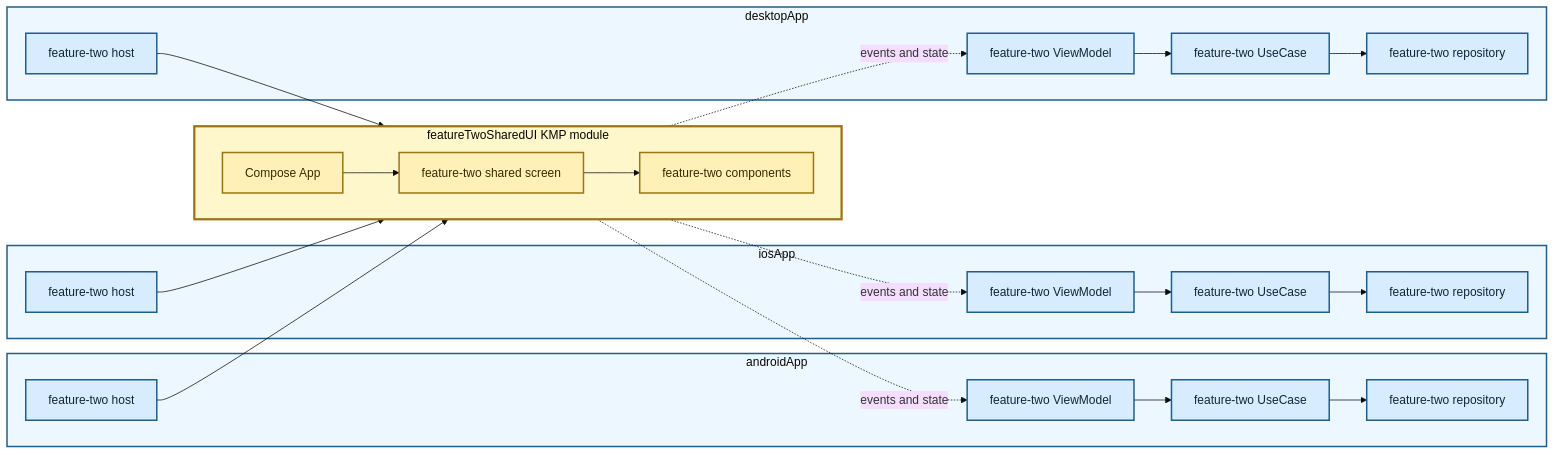
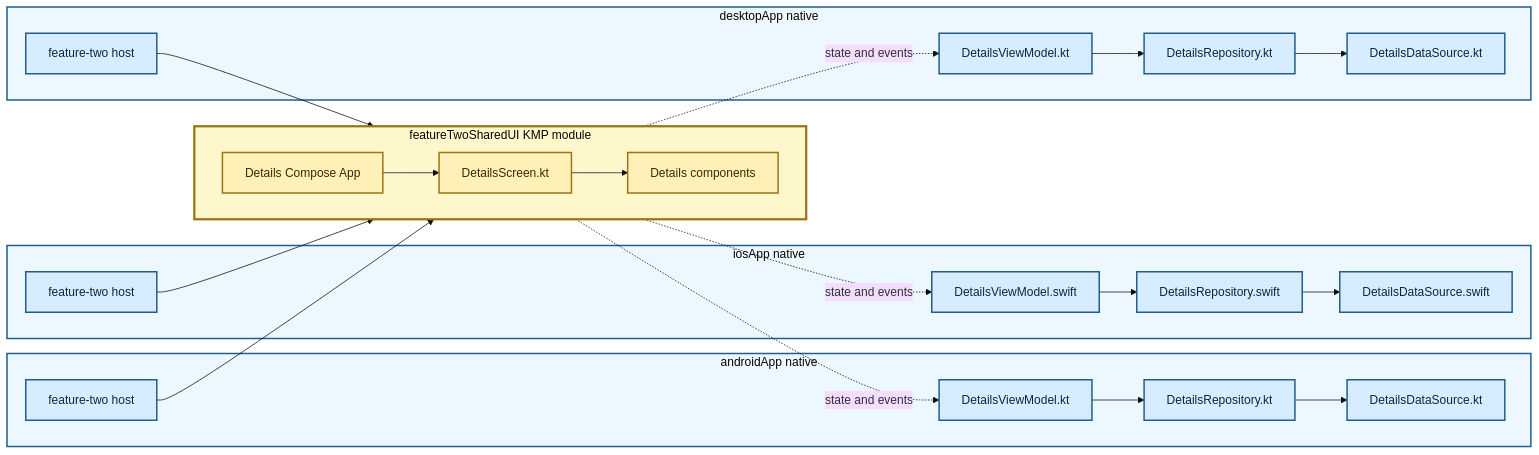
One commit to TheSetox/kmp-sample-diagrams changed the diagram in diagrams/12-modular-kmp-ui-layer.md. Above: the diagram before and after it, drawn with Mermaid (base theme). The commit also changed other lines of this file and 28 other files, not shown here.

Commit message:
docs: reassess diagram layer boundaries

````diff
--- a/diagrams/12-modular-kmp-ui-layer.md
+++ b/diagrams/12-modular-kmp-ui-layer.md
@@ -5,50 +5,50 @@
 ```mermaid
 flowchart LR
-  subgraph Android["androidApp"]
+  subgraph Android["androidApp native"]
     AHost["feature-two host"]
-    AVM["feature-two ViewModel"]
-    AUseCase["feature-two UseCase"]
-    ARepository["feature-two repository"]
-    AVM --> AUseCase --> ARepository
+    AVM["DetailsViewModel.kt"]
+    ARepository["DetailsRepository.kt"]
+    ADataSource["DetailsDataSource.kt"]
+    AVM --> ARepository --> ADataSource
   end
 
-  subgraph IOS["iosApp"]
+  subgraph IOS["iosApp native"]
     IHost["feature-two host"]
-    IVM["feature-two ViewModel"]
-    IUseCase["feature-two UseCase"]
-    IRepository["feature-two repository"]
-    IVM --> IUseCase --> IRepository
+    IVM["DetailsViewModel.swift"]
+    IRepository["DetailsRepository.swift"]
+    IDataSource["DetailsDataSource.swift"]
+    IVM --> IRepository --> IDataSource
   end
 
-  subgraph Desktop["desktopApp"]
+  subgraph Desktop["desktopApp native"]
     DHost["feature-two host"]
-    DVM["feature-two ViewModel"]
-    DUseCase["feature-two UseCase"]
-    DRepository["feature-two repository"]
-    DVM --> DUseCase --> DRepository
+    DVM["DetailsViewModel.kt"]
+    DRepository["DetailsRepository.kt"]
+    DDataSource["DetailsDataSource.kt"]
+    DVM --> DRepository --> DDataSource
   end
 
   subgraph KMP["featureTwoSharedUI KMP module"]
     direction LR
-    App["Compose App"]
-    Screen["feature-two shared screen"]
-    Components["feature-two components"]
+    App["Details Compose App"]
+    Screen["DetailsScreen.kt"]
+    Components["Details components"]
     App --> Screen --> Components
   end
 
   AHost --> App
   IHost --> App
   DHost --> App
-  Screen -. "events and state" .-> AVM
-  Screen -. "events and state" .-> IVM
-  Screen -. "events and state" .-> DVM
+  Screen -. "state and events" .-> AVM
+  Screen -. "state and events" .-> IVM
+  Screen -. "state and events" .-> DVM
 
   classDef app fill:#d8ecff,stroke:#1f5f8b,color:#0f2738,stroke-width:2px;
   classDef kmp fill:#fff0b8,stroke:#9b7415,color:#3b2a00,stroke-width:2px;
-  class AHost,AVM,AUseCase,ARepository,IHost,IVM,IUseCase,IRepository,DHost,DVM,DUseCase,DRepository app;
+  class AHost,AVM,ARepository,ADataSource,IHost,IVM,IRepository,IDataSource,DHost,DVM,DRepository,DDataSource app;
   class App,Screen,Components kmp;
   style Android fill:#edf7ff,stroke:#1f5f8b,stroke-width:2px
   style IOS fill:#edf7ff,stroke:#1f5f8b,stroke-width:2px
   style Desktop fill:#edf7ff,stroke:#1f5f8b,stroke-width:2px
   style KMP fill:#fff7cc,stroke:#9b7415,stroke-width:3px
 ```
````
